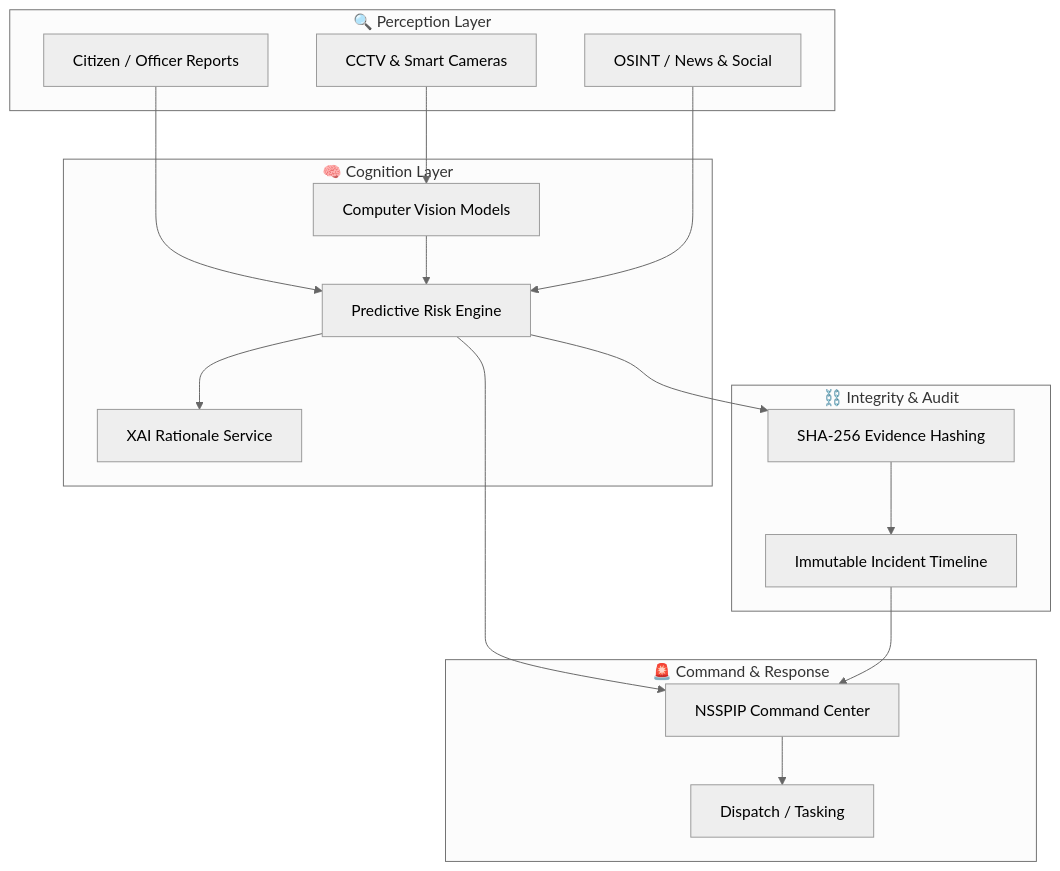
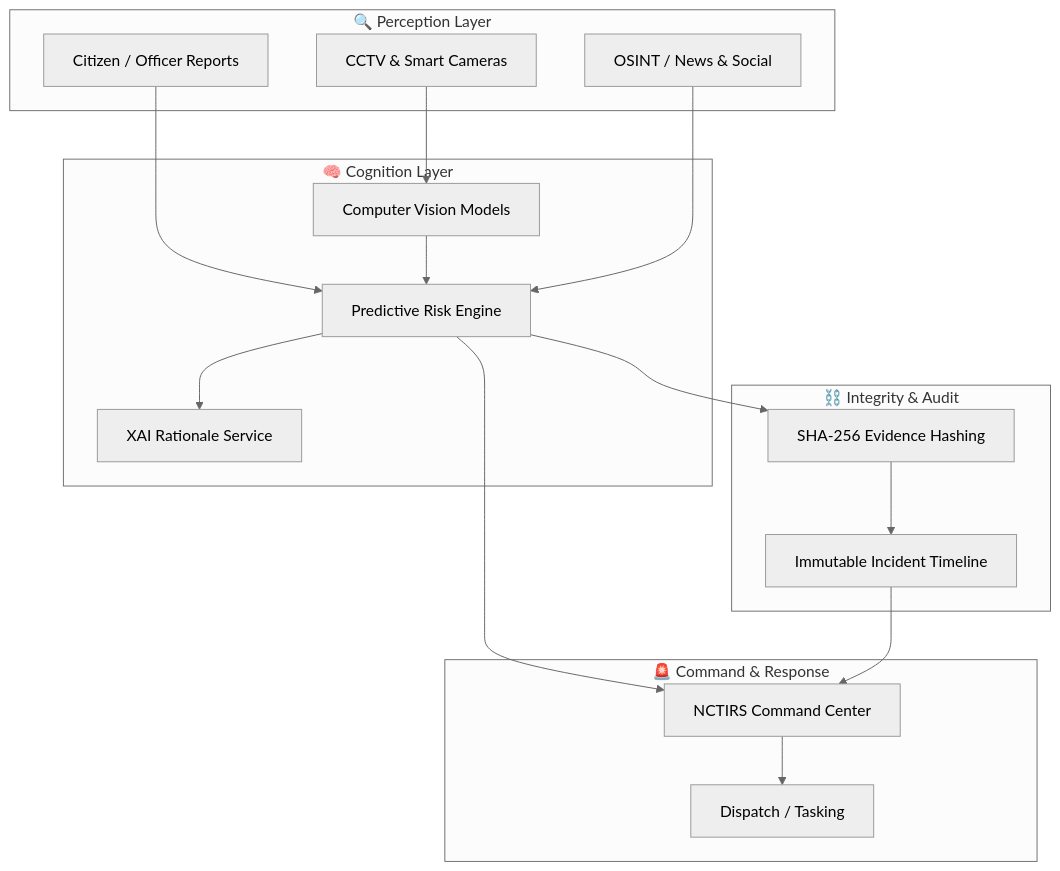
Before and after one commit to arapgechina24-lgtm/NSSPIP: the diagram in README.md, drawn with Mermaid (neutral theme). The commit also changed other lines of this file and 59 other files, not shown here.

First line of the commit message:
refactor: globally replace NSSPIP with NCTIRS

````diff
--- a/README.md
+++ b/README.md
@@ -130,34 +130,34 @@
 ```mermaid
 flowchart TB
   subgraph Perception["🔍 Perception Layer"]
     Reports["Citizen / Officer Reports"]
     CCTV["CCTV & Smart Cameras"]
     OSINT["OSINT / News & Social"]
   end
 
   subgraph Cognition["🧠 Cognition Layer"]
     RiskEngine["Predictive Risk Engine"]
     CV["Computer Vision Models"]
     XAI["XAI Rationale Service"]
   end
 
   subgraph Integrity["⛓️ Integrity & Audit"]
     Hashing["SHA‑256 Evidence Hashing"]
     Audit["Immutable Incident Timeline"]
   end
 
   subgraph Response["🚨 Command & Response"]
-    Dashboard["NSSPIP Command Center"]
+    Dashboard["NCTIRS Command Center"]
     Dispatch["Dispatch / Tasking"]
   end
 
   Reports --> RiskEngine
   CCTV --> CV --> RiskEngine
   OSINT --> RiskEngine
 
   RiskEngine --> XAI
   RiskEngine --> Dashboard
   Dashboard --> Dispatch
 
   RiskEngine --> Hashing --> Audit --> Dashboard
 ```
````
